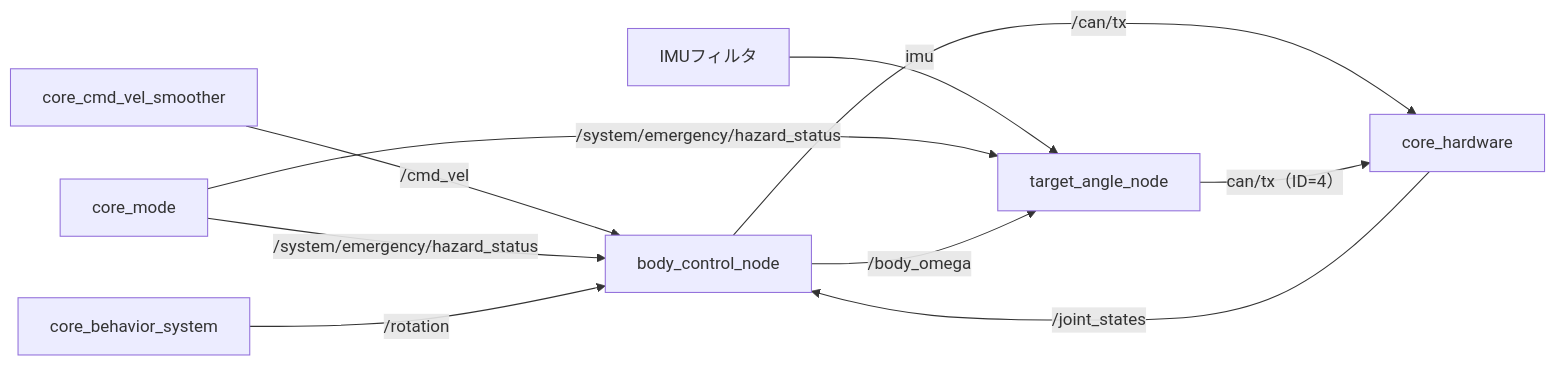
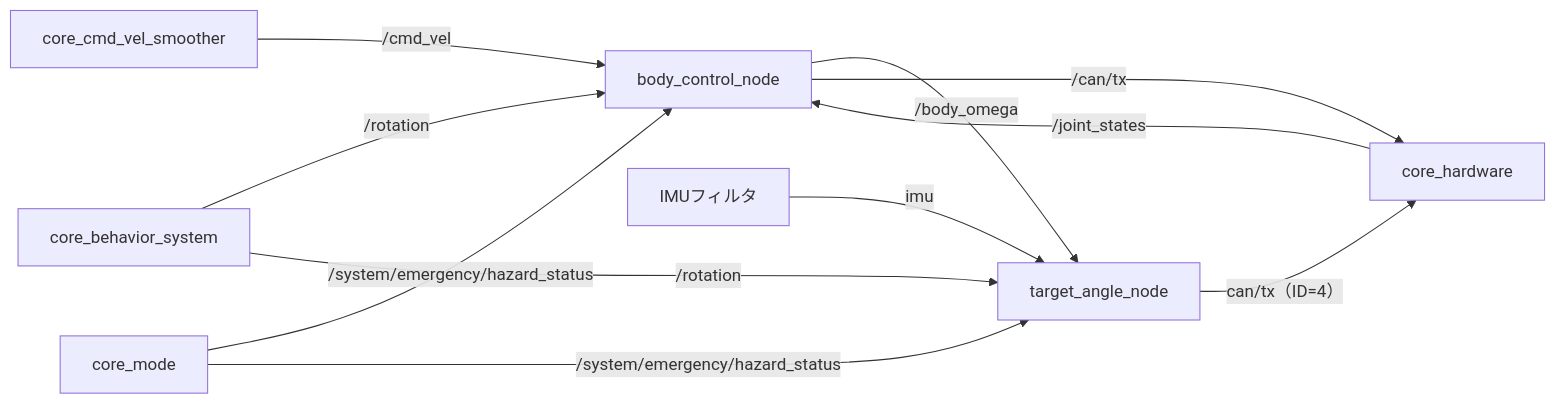
Before and after one commit to team-continue/core2026: the diagram in docs/packages/core_body_controller/index.md, drawn with Mermaid. The commit also changed other lines of this file and 15 other files, not shown here.

````diff
--- a/docs/packages/core_body_controller/index.md
+++ b/docs/packages/core_body_controller/index.md
@@ -15,13 +15,14 @@
 ```mermaid
 graph LR
     SM["core_cmd_vel_smoother"] -->|"/cmd_vel"| BC["body_control_node"]
     Emg["core_mode"] -->|"/system/emergency/hazard_status"| BC
     BS["core_behavior_system"] -->|"/rotation"| BC
+    BS -->|"/rotation"| TA
     IMU["IMUフィルタ"] -->|"imu"| TA["target_angle_node"]
     Emg -->|"/system/emergency/hazard_status"| TA
 
     BC -->|"/body_omega"| TA
     BC -->|"/can/tx"| HW["core_hardware"]
     TA -->|"can/tx（ID=4）"| HW
     HW -->|"/joint_states"| BC
 ```
````
